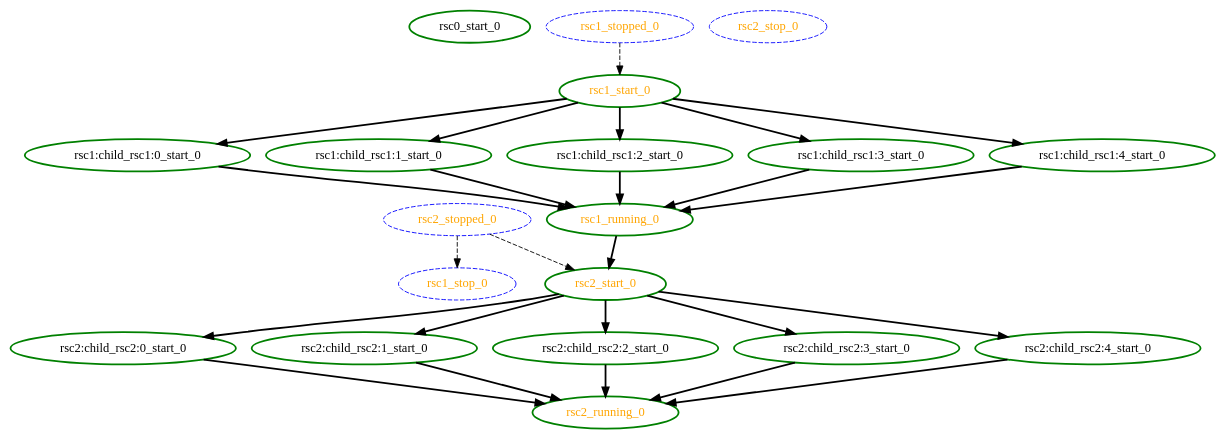
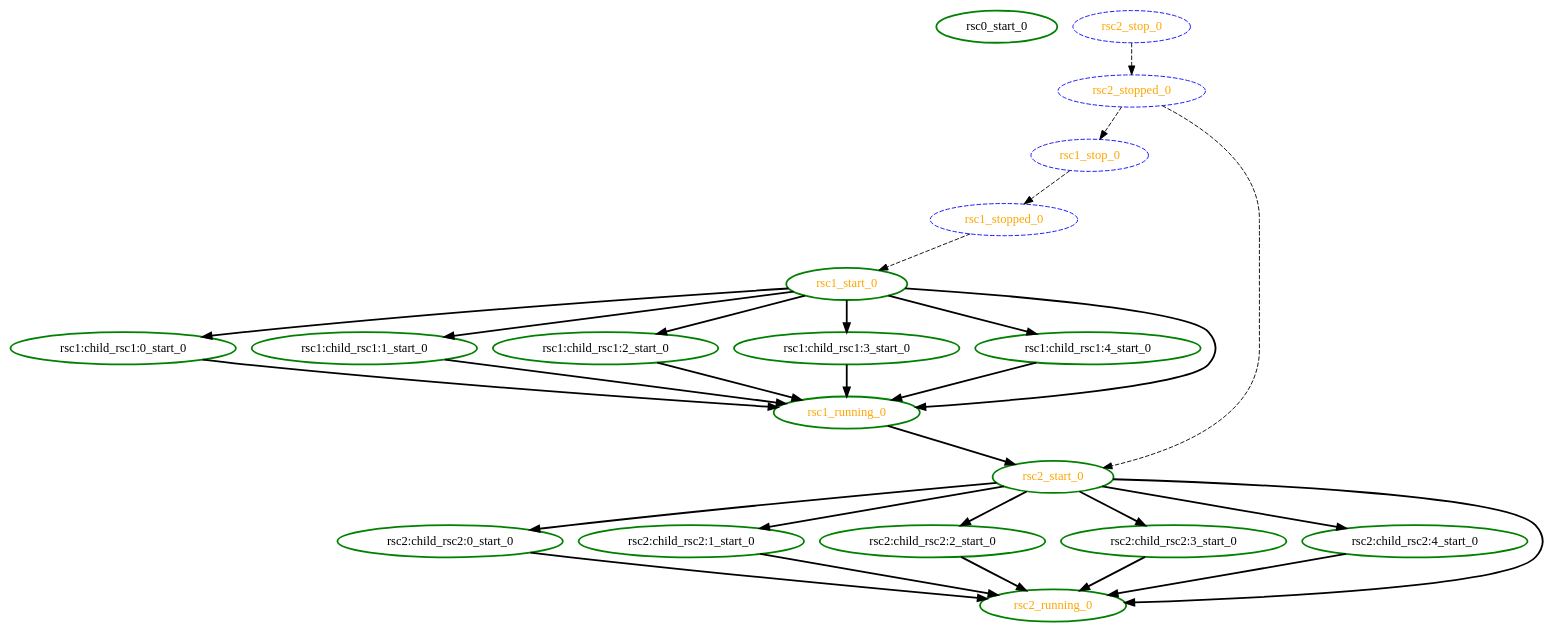
Before and after one commit to richiewen8/heartbeat: the diagram in crm/pengine/testcases/inc7.dot, drawn with Graphviz. The commit also changed 105 other files, not shown here.

```diff
--- a/crm/pengine/testcases/inc7.dot
+++ b/crm/pengine/testcases/inc7.dot
@@ -1,46 +1,50 @@
 digraph "g" {
 	size = "30,30"
 "rsc0_start_0" [ tooltip="node1" style=bold color="green" fontcolor="black" ]
 "rsc1:child_rsc1:0_start_0" [ tooltip="node2" style=bold color="green" fontcolor="black" ]
 "rsc1:child_rsc1:1_start_0" [ tooltip="node3" style=bold color="green" fontcolor="black" ]
 "rsc1:child_rsc1:2_start_0" [ tooltip="node1" style=bold color="green" fontcolor="black" ]
 "rsc1:child_rsc1:3_start_0" [ tooltip="node2" style=bold color="green" fontcolor="black" ]
 "rsc1:child_rsc1:4_start_0" [ tooltip="node3" style=bold color="green" fontcolor="black" ]
 "rsc1_start_0" [ tooltip="" style=bold color="green" fontcolor="orange" ]
 "rsc1_running_0" [ tooltip="" style=bold color="green" fontcolor="orange" ]
 "rsc1_stop_0" [ style="dashed" color="blue" fontcolor="orange" ]
 "rsc1_stopped_0" [ style="dashed" color="blue" fontcolor="orange" ]
 "rsc2:child_rsc2:0_start_0" [ tooltip="node2" style=bold color="green" fontcolor="black" ]
 "rsc2:child_rsc2:1_start_0" [ tooltip="node3" style=bold color="green" fontcolor="black" ]
 "rsc2:child_rsc2:2_start_0" [ tooltip="node1" style=bold color="green" fontcolor="black" ]
 "rsc2:child_rsc2:3_start_0" [ tooltip="node2" style=bold color="green" fontcolor="black" ]
 "rsc2:child_rsc2:4_start_0" [ tooltip="node3" style=bold color="green" fontcolor="black" ]
 "rsc2_start_0" [ tooltip="" style=bold color="green" fontcolor="orange" ]
 "rsc2_running_0" [ tooltip="" style=bold color="green" fontcolor="orange" ]
 "rsc2_stop_0" [ style="dashed" color="blue" fontcolor="orange" ]
 "rsc2_stopped_0" [ style="dashed" color="blue" fontcolor="orange" ]
 "rsc1_start_0" -> "rsc1:child_rsc1:0_start_0" [ style = bold]
 "rsc1_start_0" -> "rsc1:child_rsc1:1_start_0" [ style = bold]
 "rsc1_start_0" -> "rsc1:child_rsc1:2_start_0" [ style = bold]
 "rsc1_start_0" -> "rsc1:child_rsc1:3_start_0" [ style = bold]
 "rsc1_start_0" -> "rsc1:child_rsc1:4_start_0" [ style = bold]
 "rsc1_stopped_0" -> "rsc1_start_0" [ style = dashed]
 "rsc1:child_rsc1:0_start_0" -> "rsc1_running_0" [ style = bold]
 "rsc1:child_rsc1:1_start_0" -> "rsc1_running_0" [ style = bold]
 "rsc1:child_rsc1:2_start_0" -> "rsc1_running_0" [ style = bold]
 "rsc1:child_rsc1:3_start_0" -> "rsc1_running_0" [ style = bold]
 "rsc1:child_rsc1:4_start_0" -> "rsc1_running_0" [ style = bold]
+"rsc1_start_0" -> "rsc1_running_0" [ style = bold]
 "rsc2_stopped_0" -> "rsc1_stop_0" [ style = dashed]
+"rsc1_stop_0" -> "rsc1_stopped_0" [ style = dashed]
 "rsc2_start_0" -> "rsc2:child_rsc2:0_start_0" [ style = bold]
 "rsc2_start_0" -> "rsc2:child_rsc2:1_start_0" [ style = bold]
 "rsc2_start_0" -> "rsc2:child_rsc2:2_start_0" [ style = bold]
 "rsc2_start_0" -> "rsc2:child_rsc2:3_start_0" [ style = bold]
 "rsc2_start_0" -> "rsc2:child_rsc2:4_start_0" [ style = bold]
 "rsc1_running_0" -> "rsc2_start_0" [ style = bold]
 "rsc2_stopped_0" -> "rsc2_start_0" [ style = dashed]
 "rsc2:child_rsc2:0_start_0" -> "rsc2_running_0" [ style = bold]
 "rsc2:child_rsc2:1_start_0" -> "rsc2_running_0" [ style = bold]
 "rsc2:child_rsc2:2_start_0" -> "rsc2_running_0" [ style = bold]
 "rsc2:child_rsc2:3_start_0" -> "rsc2_running_0" [ style = bold]
 "rsc2:child_rsc2:4_start_0" -> "rsc2_running_0" [ style = bold]
+"rsc2_start_0" -> "rsc2_running_0" [ style = bold]
+"rsc2_stop_0" -> "rsc2_stopped_0" [ style = dashed]
 }
```
